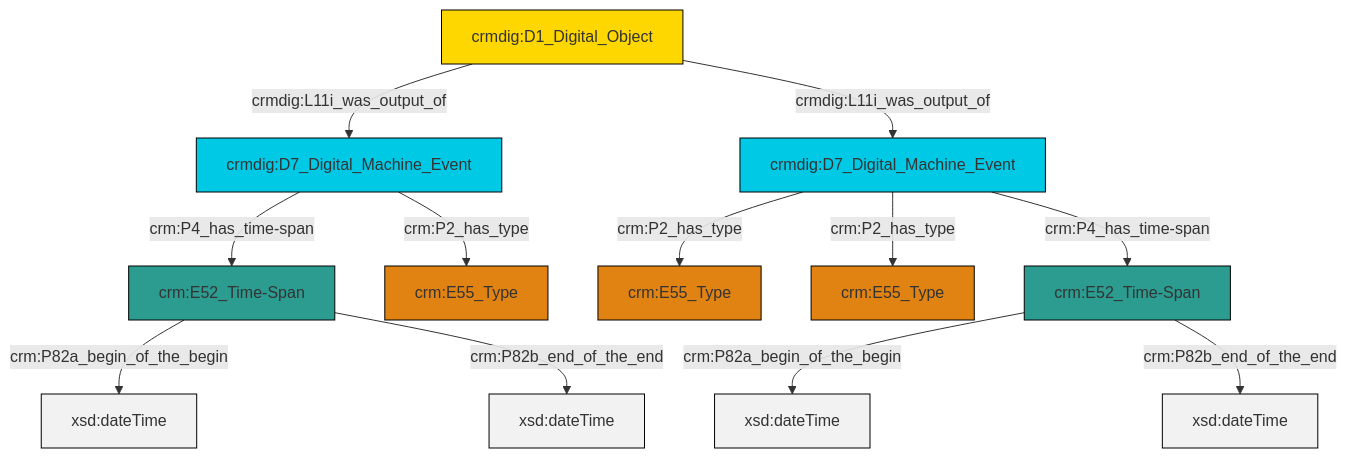
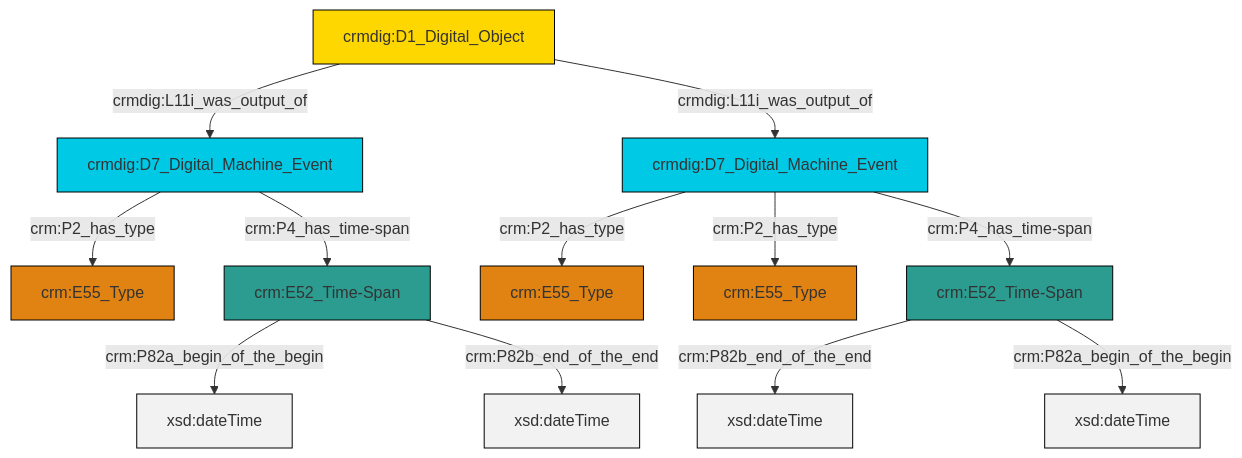
One commit to swiss-art-research-net/docs.swissartresearch changed the diagram in et/doCSV/ttl/mmd/do_existence.ttl.mmd. Above: the diagram before and after it, drawn with Mermaid. The commit also changed 174 other files, not shown here.

```diff
--- a/et/doCSV/ttl/mmd/do_existence.ttl.mmd
+++ b/et/doCSV/ttl/mmd/do_existence.ttl.mmd
@@ -1,26 +1,26 @@
 graph TD
 classDef Literal fill:#f2f2f2,stroke:#000000;
 classDef CRM_Entity fill:#FFFFFF,stroke:#000000;
 classDef Temporal_Entity fill:#00C9E6, stroke:#000000;
 classDef Type fill:#E18312, stroke:#000000;
 classDef Time-Span fill:#2C9C91, stroke:#000000;
 classDef Appellation fill:#FFEB7F, stroke:#000000;
 classDef Place fill:#008836, stroke:#000000;
 classDef Persistent_Item fill:#B266B2, stroke:#000000;
 classDef Conceptual_Object fill:#FFD700, stroke:#000000;
 classDef Physical_Thing fill:#D2B48C, stroke:#000000;
 classDef Actor fill:#f58aad, stroke:#000000;
 classDef PC_Classes fill:#4ce600, stroke:#000000;
 classDef Multi fill:#cccccc,stroke:#000000;
 
-2["crmdig:D7_Digital_Machine_Event"]:::Temporal_Entity -->|crm:P2_has_type| 3["crm:E55_Type"]:::Type
-4["crmdig:D1_Digital_Object"]:::Conceptual_Object -->|crmdig:L11i_was_output_of| 5["crmdig:D7_Digital_Machine_Event"]:::Temporal_Entity
-6["crm:E52_Time-Span"]:::Time-Span -->|crm:P82a_begin_of_the_begin| 7[xsd:dateTime]:::Literal
-12["crm:E52_Time-Span"]:::Time-Span -->|crm:P82a_begin_of_the_begin| 13[xsd:dateTime]:::Literal
-12["crm:E52_Time-Span"]:::Time-Span -->|crm:P82b_end_of_the_end| 15[xsd:dateTime]:::Literal
-2["crmdig:D7_Digital_Machine_Event"]:::Temporal_Entity -->|crm:P2_has_type| 8["crm:E55_Type"]:::Type
-5["crmdig:D7_Digital_Machine_Event"]:::Temporal_Entity -->|crm:P4_has_time-span| 6["crm:E52_Time-Span"]:::Time-Span
-6["crm:E52_Time-Span"]:::Time-Span -->|crm:P82b_end_of_the_end| 22[xsd:dateTime]:::Literal
-2["crmdig:D7_Digital_Machine_Event"]:::Temporal_Entity -->|crm:P4_has_time-span| 12["crm:E52_Time-Span"]:::Time-Span
-5["crmdig:D7_Digital_Machine_Event"]:::Temporal_Entity -->|crm:P2_has_type| 0["crm:E55_Type"]:::Type
-4["crmdig:D1_Digital_Object"]:::Conceptual_Object -->|crmdig:L11i_was_output_of| 2["crmdig:D7_Digital_Machine_Event"]:::Temporal_Entity
+6["crmdig:D1_Digital_Object"]:::Conceptual_Object -->|crmdig:L11i_was_output_of| 7["crmdig:D7_Digital_Machine_Event"]:::Temporal_Entity
+7["crmdig:D7_Digital_Machine_Event"]:::Temporal_Entity -->|crm:P2_has_type| 4["crm:E55_Type"]:::Type
+11["crm:E52_Time-Span"]:::Time-Span -->|crm:P82a_begin_of_the_begin| 12[xsd:dateTime]:::Literal
+6["crmdig:D1_Digital_Object"]:::Conceptual_Object -->|crmdig:L11i_was_output_of| 14["crmdig:D7_Digital_Machine_Event"]:::Temporal_Entity
+11["crm:E52_Time-Span"]:::Time-Span -->|crm:P82b_end_of_the_end| 15[xsd:dateTime]:::Literal
+9["crm:E52_Time-Span"]:::Time-Span -->|crm:P82b_end_of_the_end| 17[xsd:dateTime]:::Literal
+14["crmdig:D7_Digital_Machine_Event"]:::Temporal_Entity -->|crm:P2_has_type| 2["crm:E55_Type"]:::Type
+9["crm:E52_Time-Span"]:::Time-Span -->|crm:P82a_begin_of_the_begin| 20[xsd:dateTime]:::Literal
+7["crmdig:D7_Digital_Machine_Event"]:::Temporal_Entity -->|crm:P4_has_time-span| 11["crm:E52_Time-Span"]:::Time-Span
+14["crmdig:D7_Digital_Machine_Event"]:::Temporal_Entity -->|crm:P2_has_type| 0["crm:E55_Type"]:::Type
+14["crmdig:D7_Digital_Machine_Event"]:::Temporal_Entity -->|crm:P4_has_time-span| 9["crm:E52_Time-Span"]:::Time-Span
```
